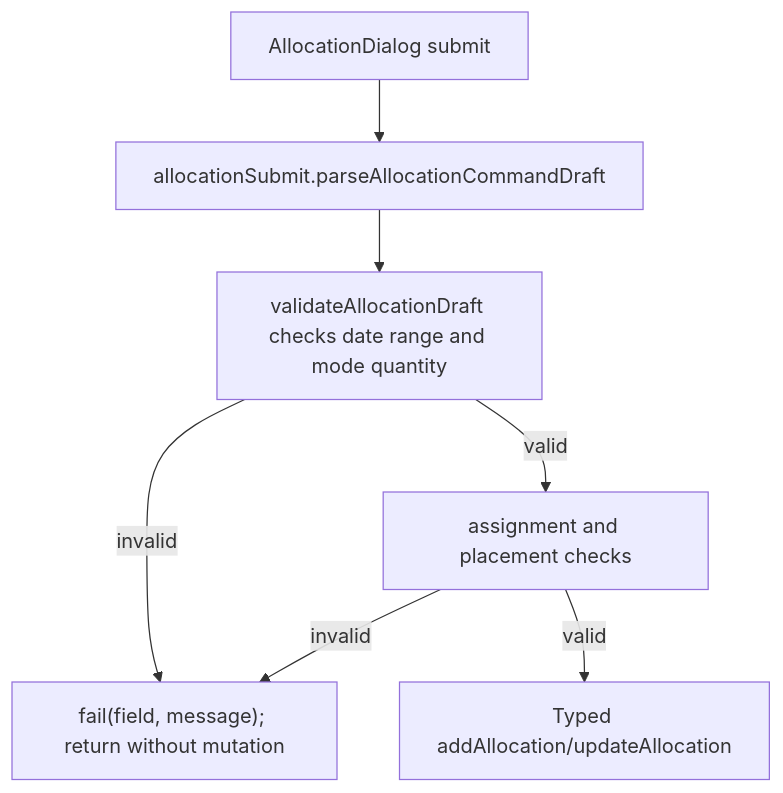
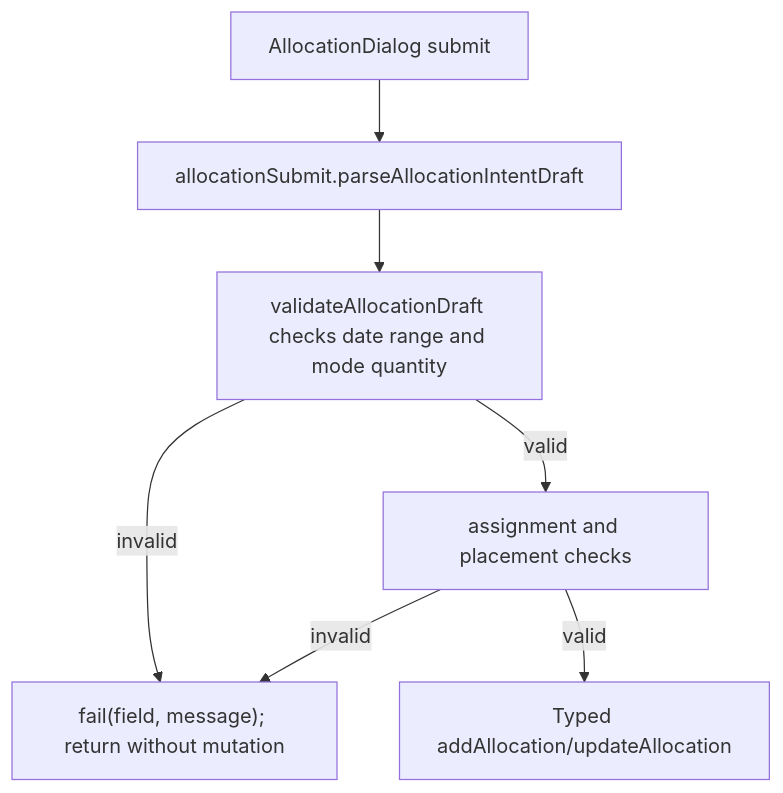
Before and after one commit to Kevinjohn/capacitylens: the second of 2 diagrams in user-stories/allocation/US-ALL-08-validation.md, drawn with Mermaid. The commit also changed 55 other files, not shown here.

````diff
--- a/user-stories/allocation/US-ALL-08-validation.md
+++ b/user-stories/allocation/US-ALL-08-validation.md
@@ -46,9 +46,9 @@
 ```mermaid
 flowchart TD
-  A["AllocationDialog submit"] --> B["allocationSubmit.parseAllocationCommandDraft"]
+  A["AllocationDialog submit"] --> B["allocationSubmit.parseAllocationIntentDraft"]
   B --> C["validateAllocationDraft checks date range and mode quantity"]
   C -->|invalid| D["fail(field, message); return without mutation"]
   C -->|valid| E["assignment and placement checks"]
   E -->|valid| F["Typed addAllocation/updateAllocation"]
   E -->|invalid| D
 ```
````
